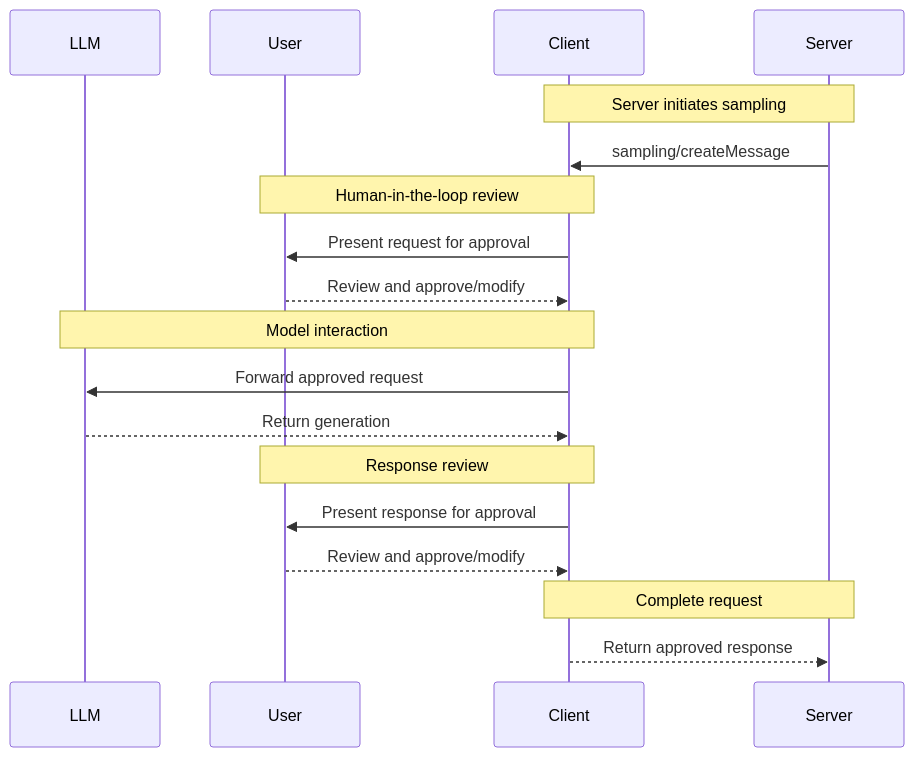
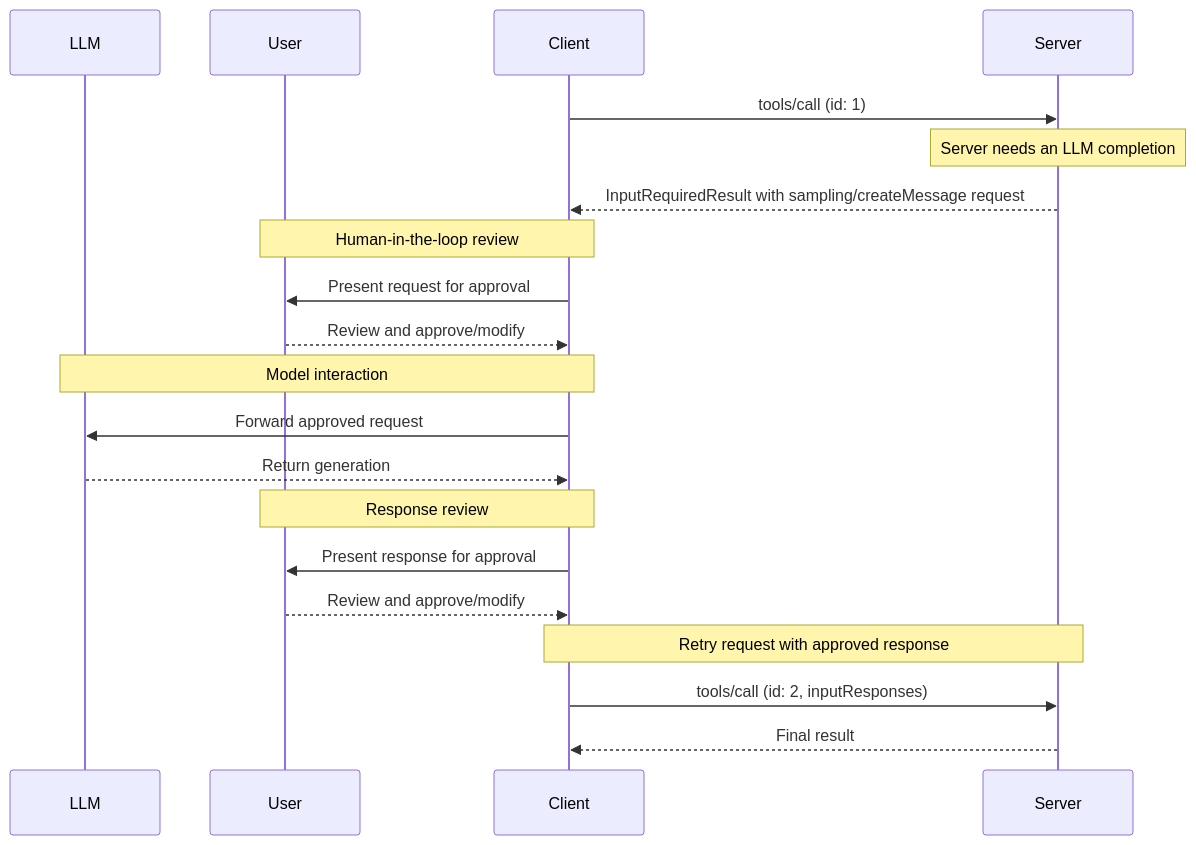
The second of 2 diagrams in content/mcp/docs/learn/client-concepts.md (thevibeworks/claude-code-docs), drawn with Mermaid before and after one commit. The commit also changed other lines of this file and 1810 other files, not shown here.

````diff
--- a/content/mcp/docs/learn/client-concepts.md
+++ b/content/mcp/docs/learn/client-concepts.md
@@ -165,25 +194,27 @@
 ```mermaid theme={null}
 sequenceDiagram
     participant LLM
     participant User
     participant Client
     participant Server
 
-    Note over Server,Client: Server initiates sampling
-    Server->>Client: sampling/createMessage
+    Client->>Server: tools/call (id: 1)
+    Note over Server: Server needs an LLM completion
+    Server-->>Client: InputRequiredResult with sampling/createMessage request
 
     Note over Client,User: Human-in-the-loop review
     Client->>User: Present request for approval
     User-->>Client: Review and approve/modify
 
     Note over Client,LLM: Model interaction
     Client->>LLM: Forward approved request
     LLM-->>Client: Return generation
 
     Note over Client,User: Response review
     Client->>User: Present response for approval
     User-->>Client: Review and approve/modify
 
-    Note over Server,Client: Complete request
-    Client-->>Server: Return approved response
+    Note over Client,Server: Retry request with approved response
+    Client->>Server: tools/call (id: 2, inputResponses)
+    Server-->>Client: Final result
 ```
````
